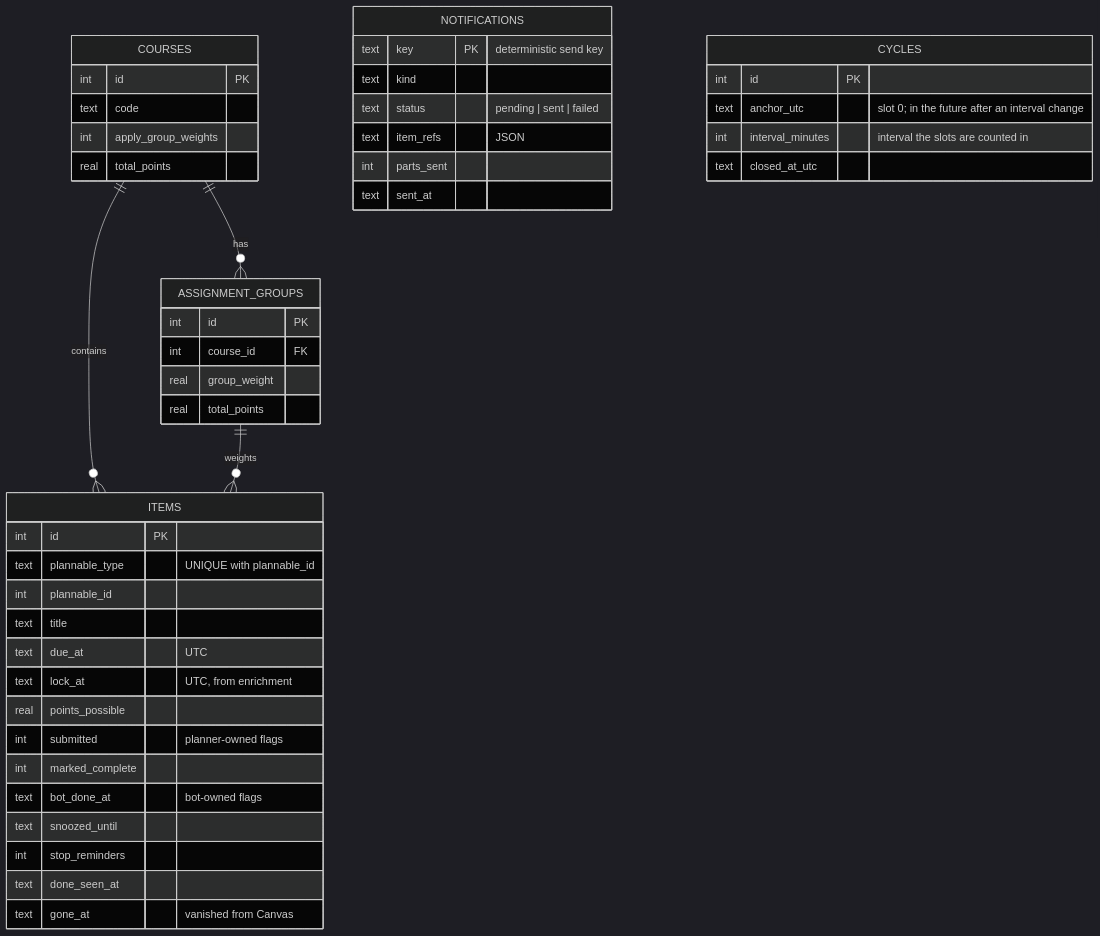
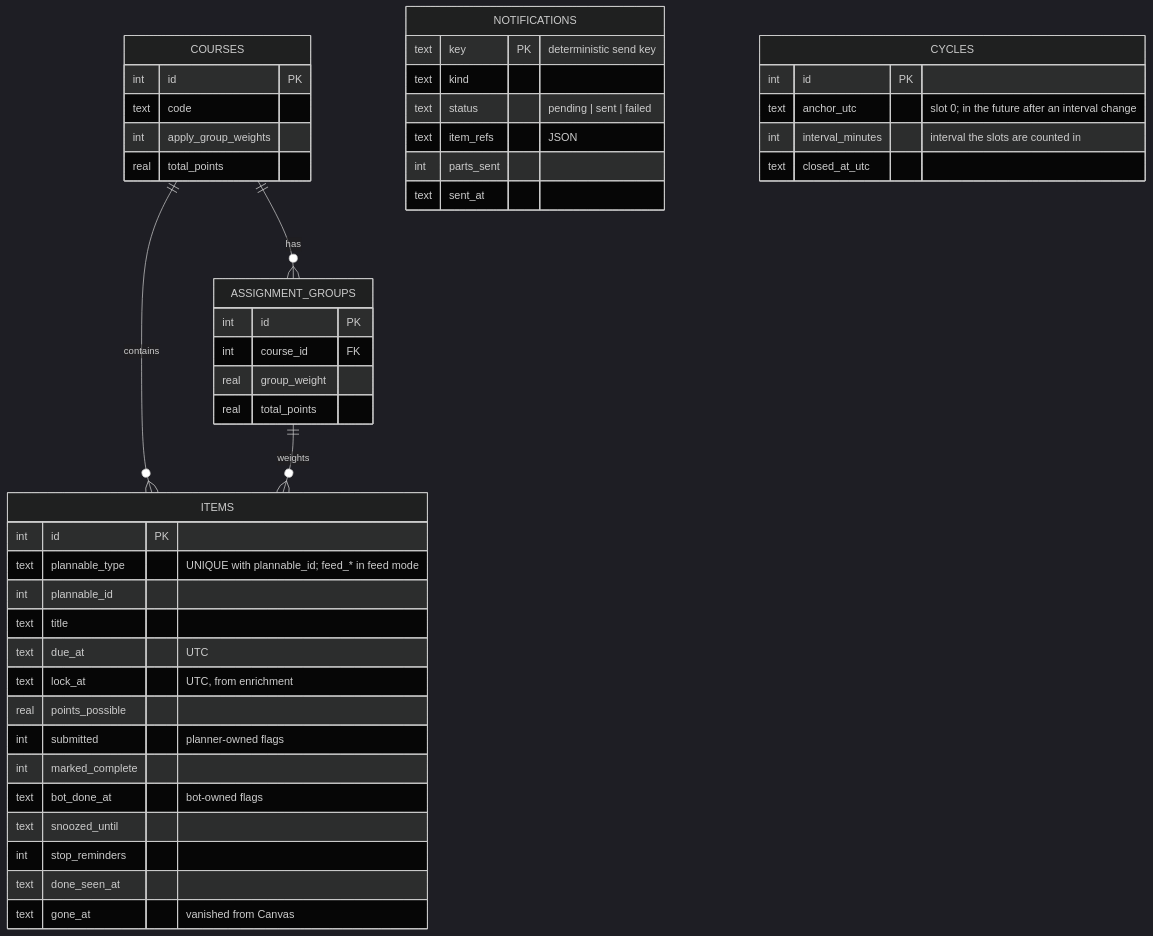
Before and after one commit to rmaytr/CanvasAssignmentTrackingBot: the eighth of 8 diagrams in docs/architecture.md, drawn with Mermaid (dark theme). The commit also changed other lines of this file and 8 other files, not shown here.

First line of the commit message:
docs: calendar-feed mode in the guides, README, architecture and security

````diff
--- a/docs/architecture.md
+++ b/docs/architecture.md
@@ -263,48 +275,48 @@
 ```mermaid
 erDiagram
     ITEMS {
         int id PK
-        text plannable_type "UNIQUE with plannable_id"
+        text plannable_type "UNIQUE with plannable_id; feed_* in feed mode"
         int plannable_id
         text title
         text due_at "UTC"
         text lock_at "UTC, from enrichment"
         real points_possible
         int submitted "planner-owned flags"
         int marked_complete
         text bot_done_at "bot-owned flags"
         text snoozed_until
         int stop_reminders
         text done_seen_at
         text gone_at "vanished from Canvas"
     }
     COURSES {
         int id PK
         text code
         int apply_group_weights
         real total_points
     }
     ASSIGNMENT_GROUPS {
         int id PK
         int course_id FK
         real group_weight
         real total_points
     }
     NOTIFICATIONS {
         text key PK "deterministic send key"
         text kind
         text status "pending | sent | failed"
         text item_refs "JSON"
         int parts_sent
         text sent_at
     }
     CYCLES {
         int id PK
         text anchor_utc "slot 0; in the future after an interval change"
         int interval_minutes "interval the slots are counted in"
         text closed_at_utc
     }
     COURSES ||--o{ ASSIGNMENT_GROUPS : has
     COURSES ||--o{ ITEMS : contains
     ASSIGNMENT_GROUPS ||--o{ ITEMS : weights
 ```
````
